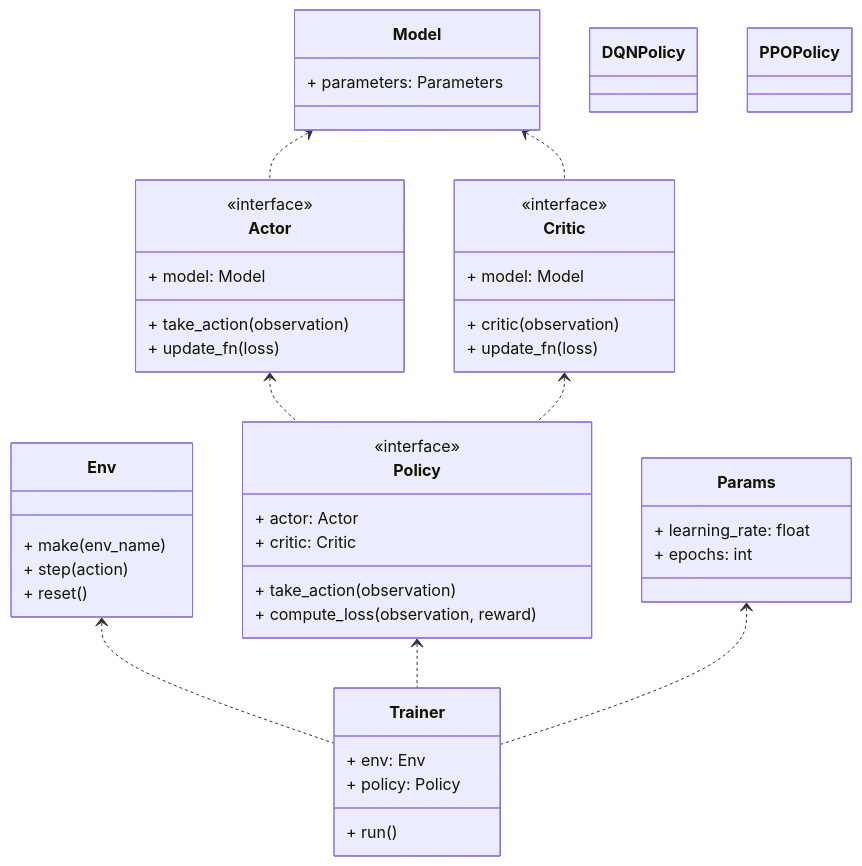
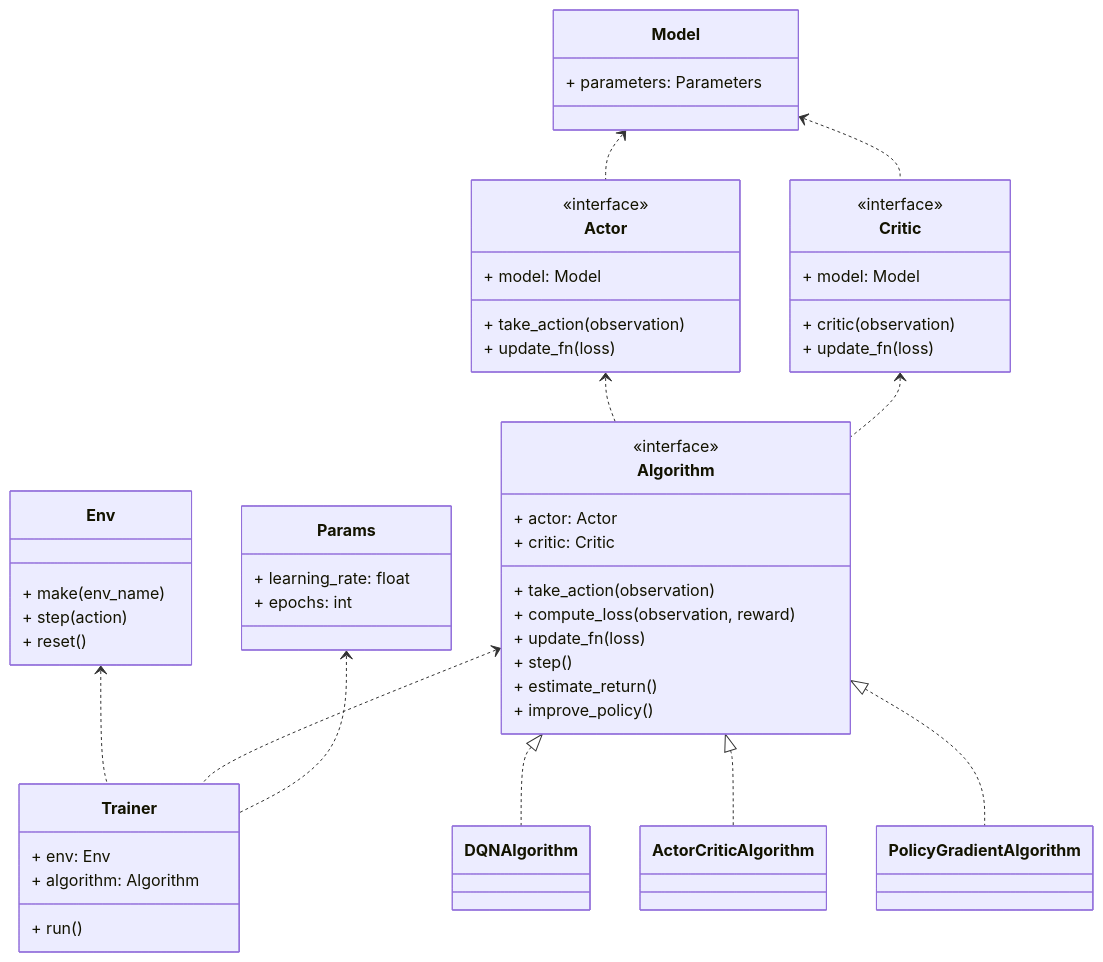
The diagram in README.md (ZheyangXu/jingwei), drawn with Mermaid before and after one commit. The commit also changed other lines of this file and 9 other files, not shown here.

Commit message:
add interfaces of actor, critic and algorithm. change policy to algorithm. add jax and add some note in README.md.

````diff
--- a/README.md
+++ b/README.md
@@ -8,52 +8,61 @@
 ```mermaid
 classDiagram
     Env <.. Trainer
-    Policy <.. Trainer
-    Actor <.. Policy
-    Critic <.. Policy
+    Algorithm <.. Trainer
+    Actor <.. Algorithm
+    Critic <.. Algorithm
     Model <.. Actor
     Model <.. Critic
     Params <.. Trainer
+    Algorithm <|.. DQNAlgorithm
+    Algorithm <|.. ActorCriticAlgorithm
+    Algorithm <|.. PolicyGradientAlgorithm
+
     class Trainer {
         + env: Env
-        + policy: Policy
+        + algorithm: Algorithm
         + run()
     }
     class Env {
         + make(env_name)
         + step(action)
         + reset()
     }
-    class Policy {
+    class Algorithm {
         <<interface>>
         + actor: Actor
         + critic: Critic
         + take_action(observation)
         + compute_loss(observation, reward)
+        + update_fn(loss)
+        + step()
+        + estimate_return()
+        + improve_policy()
     }
     class Actor {
         <<interface>>
         + model: Model
         + take_action(observation)
         + update_fn(loss)
     }
     class Critic {
         <<interface>>
         + model: Model
         + critic(observation)
         + update_fn(loss)
     }
     class Model {
         + parameters: Parameters
     }
     class Params {
         + learning_rate: float
         + epochs: int
     }
-    class DQNPolicy {
+    class DQNAlgorithm {
 
     }
-    class PPOPolicy {
+    class ActorCriticAlgorithm {
 
     }
+    class PolicyGradientAlgorithm
 ```
````
